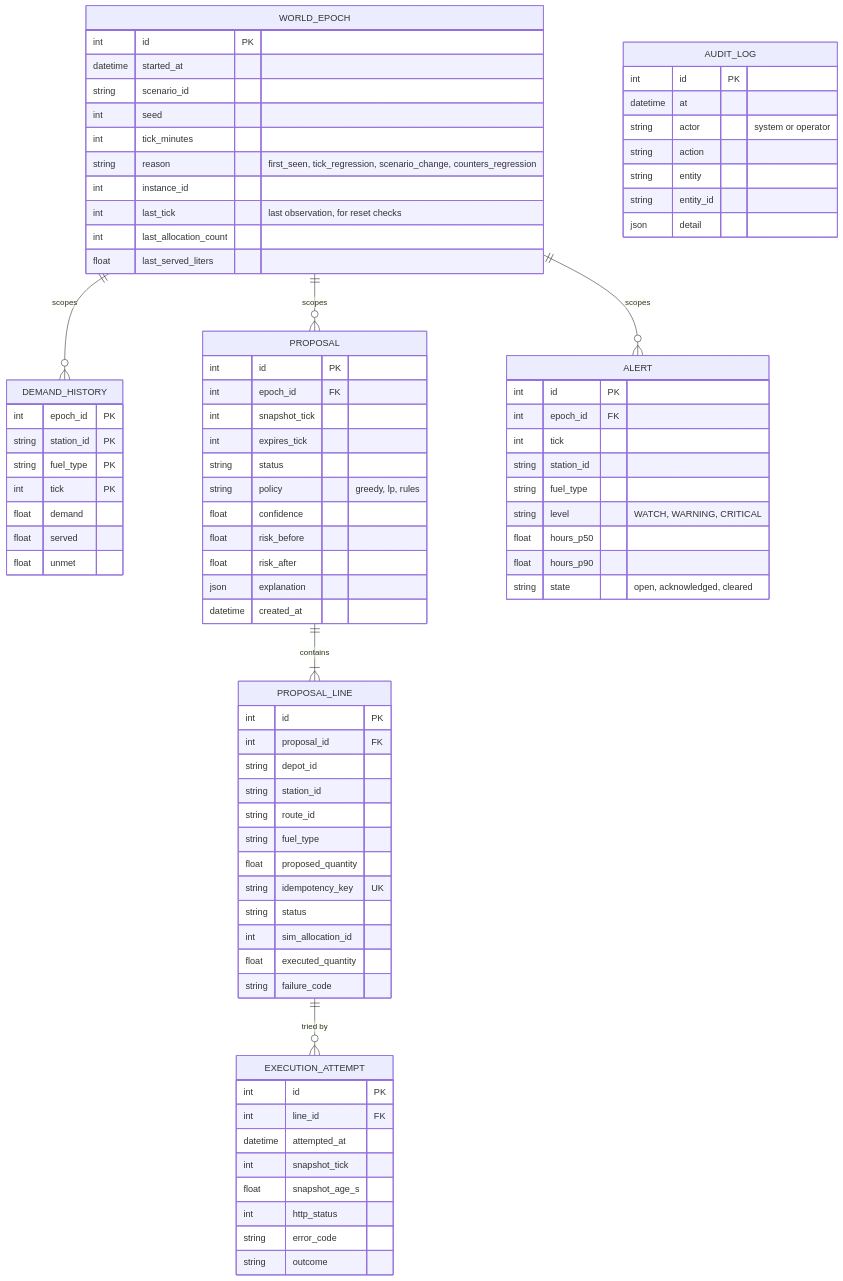
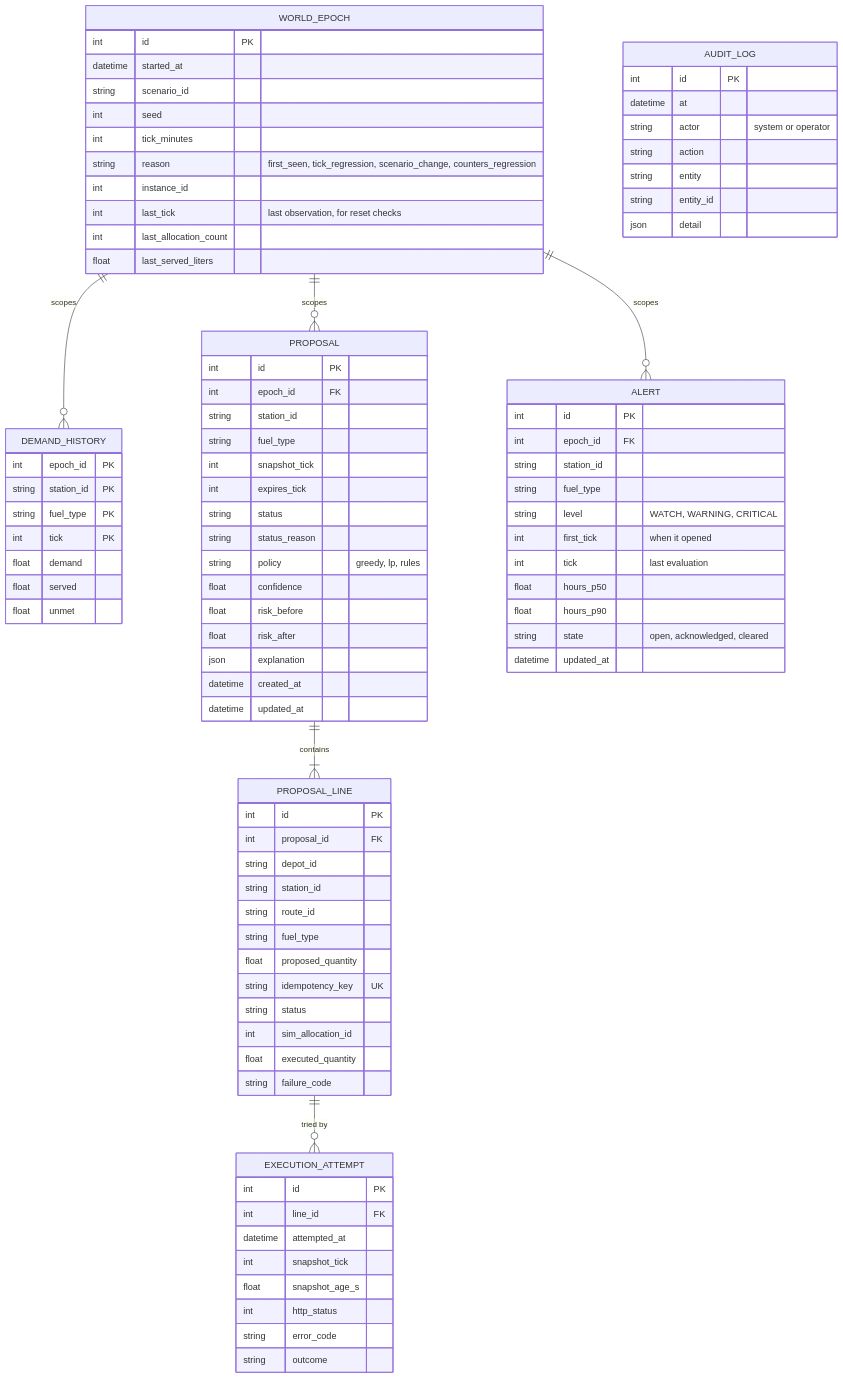
The third of 3 diagrams in docs/design/03-data-model.md (mmi404/fuelwatch), drawn with Mermaid before and after one commit. The commit also changed other lines of this file and 13 other files, not shown here.

```diff
--- a/docs/design/03-data-model.md
+++ b/docs/design/03-data-model.md
@@ -182,15 +182,19 @@
   PROPOSAL {
     int id PK
     int epoch_id FK
+    string station_id
+    string fuel_type
     int snapshot_tick
     int expires_tick
     string status
+    string status_reason
     string policy "greedy, lp, rules"
     float confidence
     float risk_before
     float risk_after
     json explanation
     datetime created_at
+    datetime updated_at
   }
   PROPOSAL_LINE {
     int id PK
@@ -219,13 +223,15 @@
   ALERT {
     int id PK
     int epoch_id FK
-    int tick
     string station_id
     string fuel_type
     string level "WATCH, WARNING, CRITICAL"
+    int first_tick "when it opened"
+    int tick "last evaluation"
     float hours_p50
     float hours_p90
     string state "open, acknowledged, cleared"
+    datetime updated_at
   }
   AUDIT_LOG {
     int id PK
```
